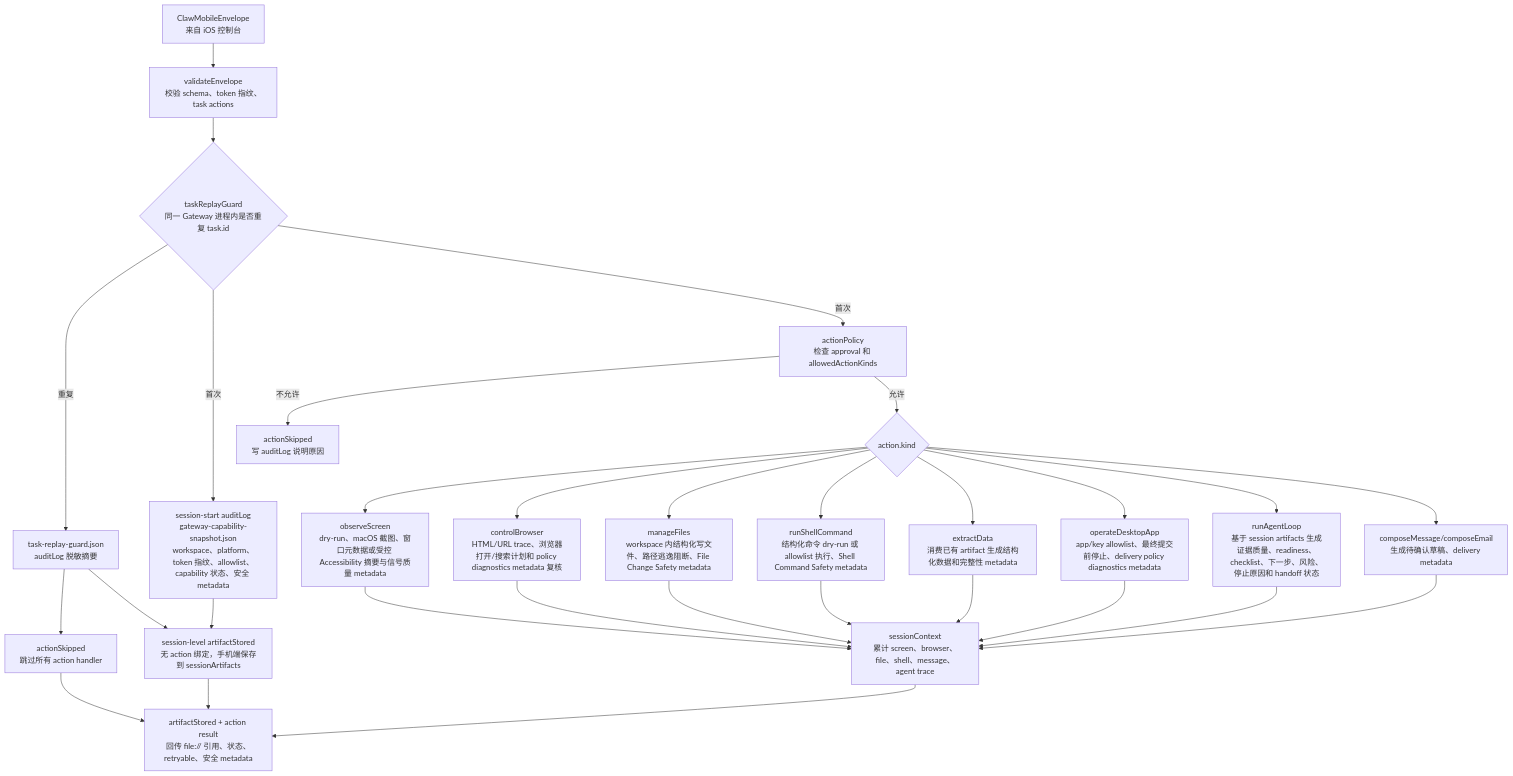
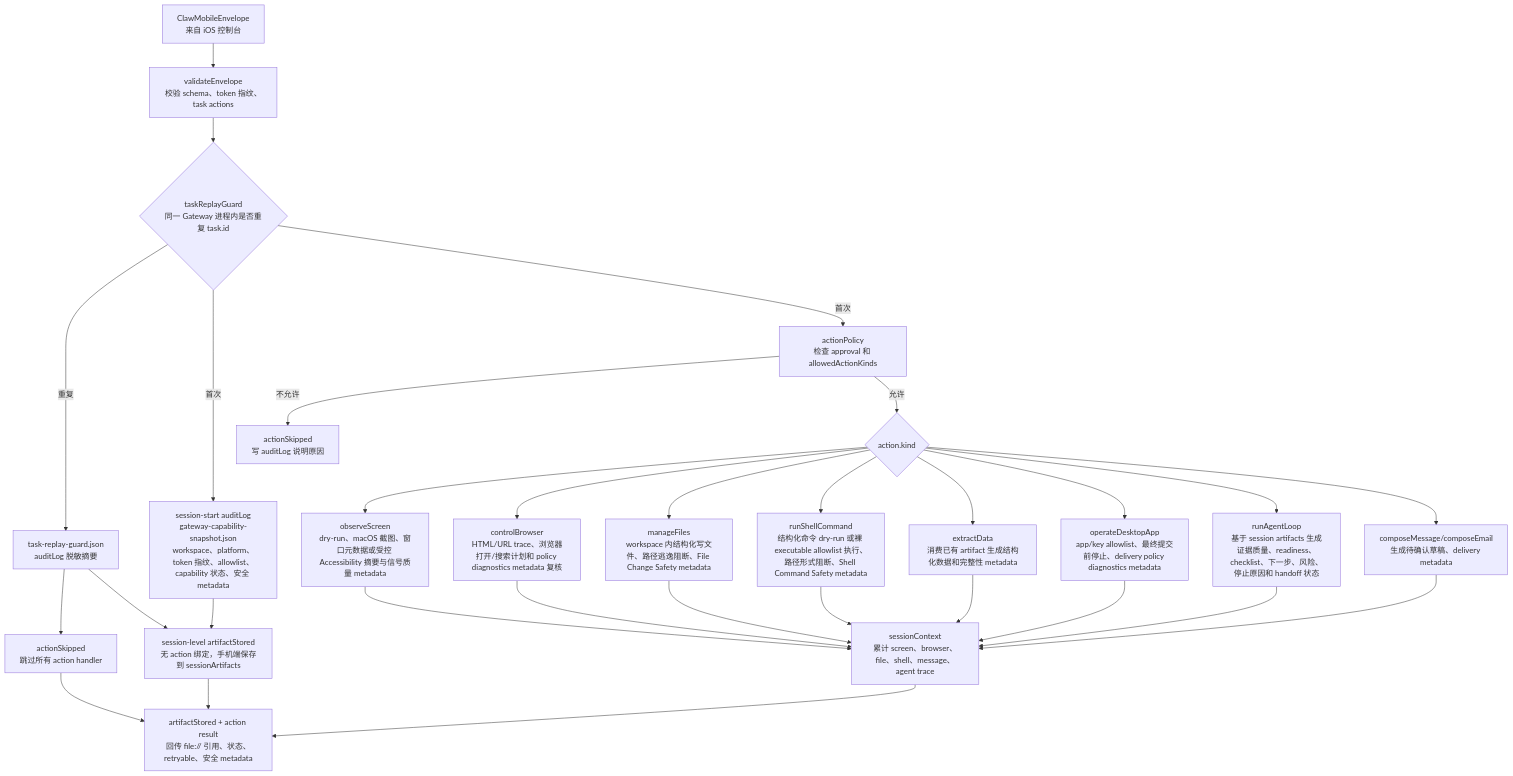
One commit to Altman-sam114/115 changed the second of 3 diagrams in md/flow/flowchart.md. Above: the diagram before and after it, drawn with Mermaid. The commit also changed 9 other files, not shown here.

````diff
--- a/md/flow/flowchart.md
+++ b/md/flow/flowchart.md
@@ -74,32 +74,32 @@
 ```mermaid
 flowchart TD
   ENV["ClawMobileEnvelope<br/>来自 iOS 控制台"] --> VAL["validateEnvelope<br/>校验 schema、token 指纹、task actions"]
   VAL --> REPLAY{"taskReplayGuard<br/>同一 Gateway 进程内是否重复 task.id"}
   REPLAY -->|"重复"| RG["task-replay-guard.json<br/>auditLog 脱敏摘要"]
   RG --> RGS["actionSkipped<br/>跳过所有 action handler"]
   RG --> SOUT
   RGS --> OUT
   REPLAY -->|"首次"| SNAP["session-start auditLog<br/>gateway-capability-snapshot.json<br/>workspace、platform、token 指纹、allowlist、capability 状态、安全 metadata"]
   REPLAY -->|"首次"| POL["actionPolicy<br/>检查 approval 和 allowedActionKinds"]
   POL -->|不允许| SKIP["actionSkipped<br/>写 auditLog 说明原因"]
   POL -->|允许| KIND{"action.kind"}
   KIND --> OBS["observeScreen<br/>dry-run、macOS 截图、窗口元数据或受控 Accessibility 摘要与信号质量 metadata"]
   KIND --> BRO["controlBrowser<br/>HTML/URL trace、浏览器打开/搜索计划和 policy diagnostics metadata 复核"]
   KIND --> FILE["manageFiles<br/>workspace 内结构化写文件、路径逃逸阻断、File Change Safety metadata"]
-  KIND --> SH["runShellCommand<br/>结构化命令 dry-run 或 allowlist 执行、Shell Command Safety metadata"]
+  KIND --> SH["runShellCommand<br/>结构化命令 dry-run 或裸 executable allowlist 执行、路径形式阻断、Shell Command Safety metadata"]
   KIND --> EXT["extractData<br/>消费已有 artifact 生成结构化数据和完整性 metadata"]
   KIND --> APP["operateDesktopApp<br/>app/key allowlist、最终提交前停止、delivery policy diagnostics metadata"]
   KIND --> AG["runAgentLoop<br/>基于 session artifacts 生成证据质量、readiness、checklist、下一步、风险、停止原因和 handoff 状态"]
   KIND --> MSG["composeMessage/composeEmail<br/>生成待确认草稿、delivery metadata"]
   OBS --> CTX["sessionContext<br/>累计 screen、browser、file、shell、message、agent trace"]
   BRO --> CTX
   FILE --> CTX
   SH --> CTX
   EXT --> CTX
   APP --> CTX
   AG --> CTX
   MSG --> CTX
   SNAP --> SOUT["session-level artifactStored<br/>无 action 绑定，手机端保存到 sessionArtifacts"]
   CTX --> OUT["artifactStored + action result<br/>回传 file:// 引用、状态、retryable、安全 metadata"]
   SOUT --> OUT
 ```
````
